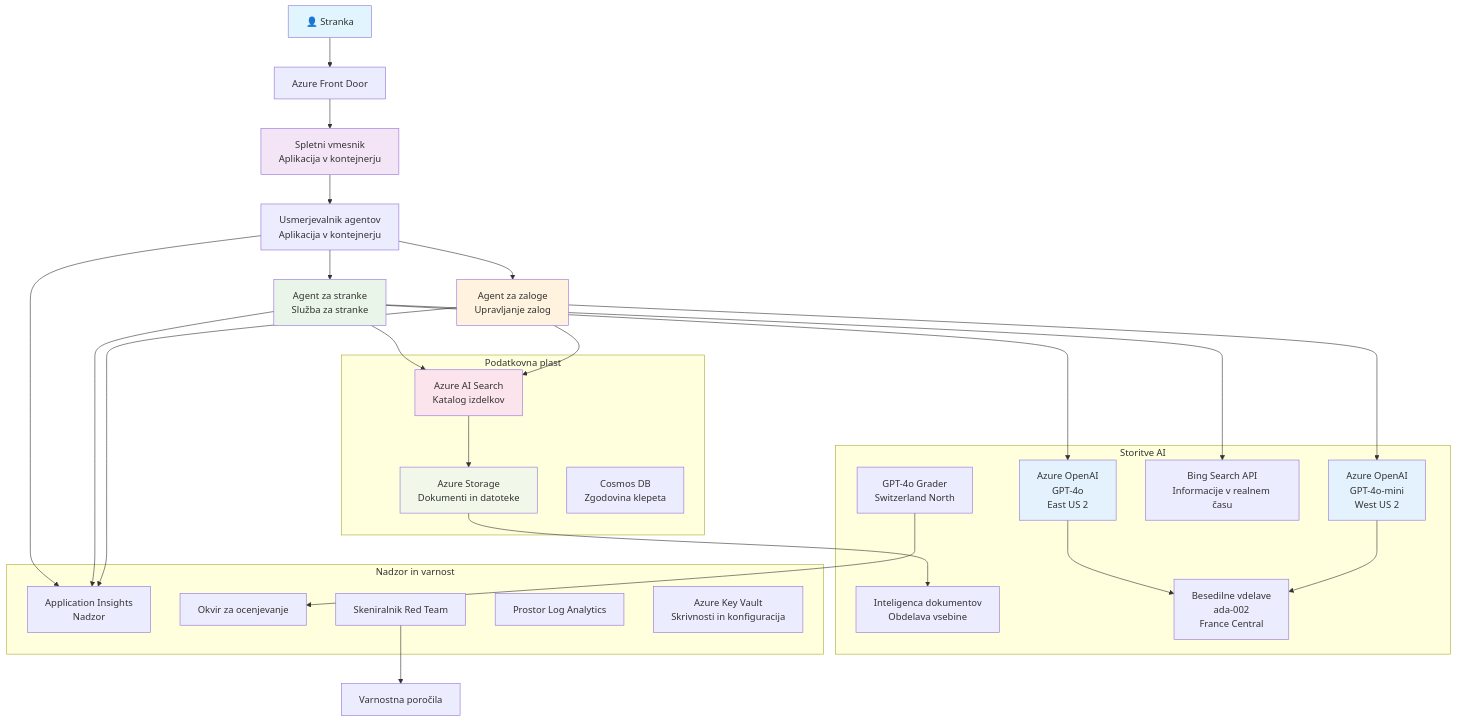
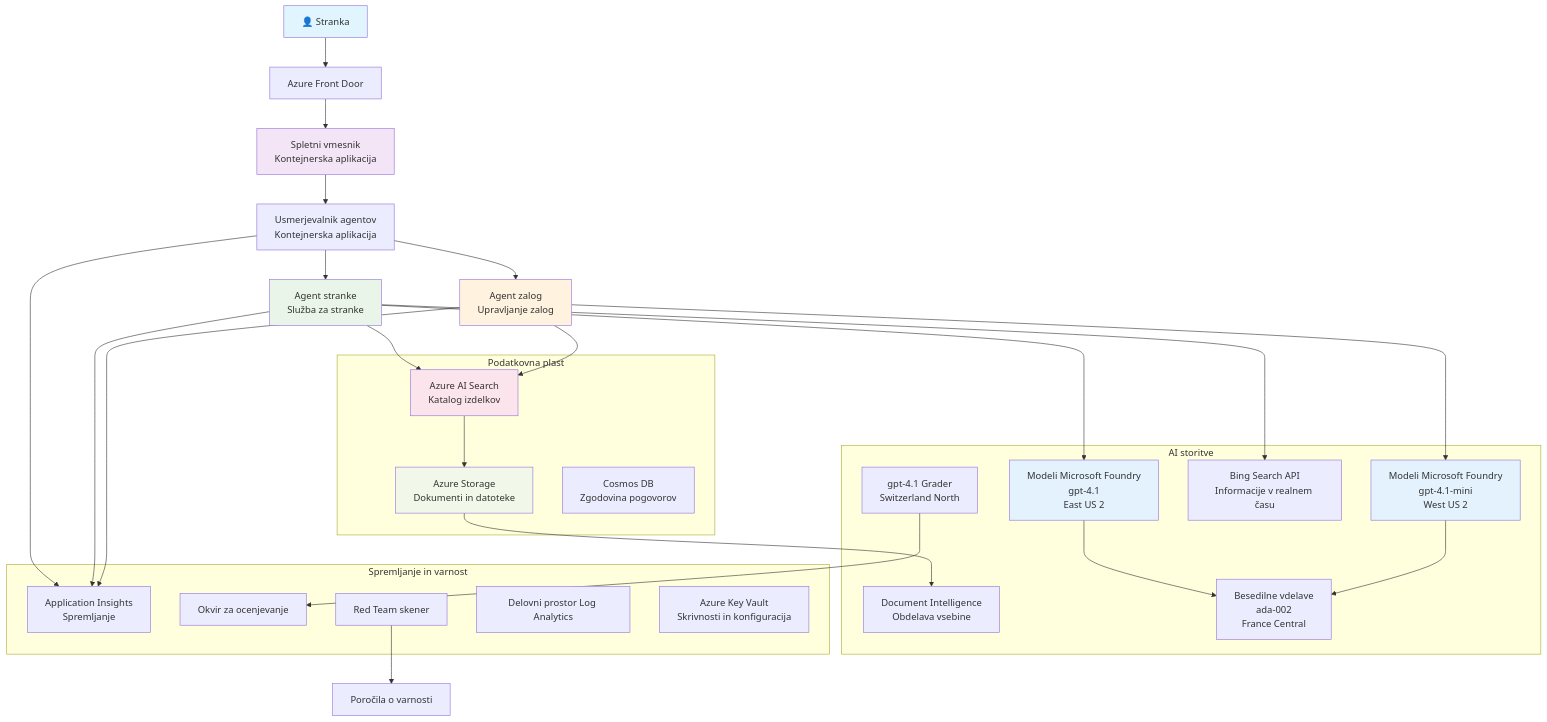
One commit to microsoft/AZD-for-beginners changed the diagram in translations/sl/examples/retail-scenario.md. Above: the diagram before and after it, drawn with Mermaid. The commit also changed other lines of this file and 101 other files, not shown here.

````diff
--- a/translations/sl/examples/retail-scenario.md
+++ b/translations/sl/examples/retail-scenario.md
@@ -139,61 +139,61 @@
 ```mermaid
 graph TB
     User[👤 Stranka] --> LB[Azure Front Door]
-    LB --> WebApp[Spletni vmesnik<br/>Aplikacija v kontejnerju]
+    LB --> WebApp[Spletni vmesnik<br/>Kontejnerska aplikacija]
     
-    WebApp --> Router[Usmerjevalnik agentov<br/>Aplikacija v kontejnerju]
-    Router --> CustomerAgent[Agent za stranke<br/>Služba za stranke]
-    Router --> InvAgent[Agent za zaloge<br/>Upravljanje zalog]
+    WebApp --> Router[Usmerjevalnik agentov<br/>Kontejnerska aplikacija]
+    Router --> CustomerAgent[Agent stranke<br/>Služba za stranke]
+    Router --> InvAgent[Agent zalog<br/>Upravljanje zalog]
     
-    CustomerAgent --> OpenAI1[Azure OpenAI<br/>GPT-4o<br/>East US 2]
-    InvAgent --> OpenAI2[Azure OpenAI<br/>GPT-4o-mini<br/>West US 2]
+    CustomerAgent --> OpenAI1[Modeli Microsoft Foundry<br/>gpt-4.1<br/>East US 2]
+    InvAgent --> OpenAI2[Modeli Microsoft Foundry<br/>gpt-4.1-mini<br/>West US 2]
     
     CustomerAgent --> AISearch[Azure AI Search<br/>Katalog izdelkov]
     CustomerAgent --> BingSearch[Bing Search API<br/>Informacije v realnem času]
     InvAgent --> AISearch
     
     AISearch --> Storage[Azure Storage<br/>Dokumenti in datoteke]
-    Storage --> DocIntel[Inteligenca dokumentov<br/>Obdelava vsebine]
+    Storage --> DocIntel[Document Intelligence<br/>Obdelava vsebine]
     
     OpenAI1 --> Embeddings[Besedilne vdelave<br/>ada-002<br/>France Central]
     OpenAI2 --> Embeddings
     
-    Router --> AppInsights[Application Insights<br/>Nadzor]
+    Router --> AppInsights[Application Insights<br/>Spremljanje]
     CustomerAgent --> AppInsights
     InvAgent --> AppInsights
     
-    GraderModel[GPT-4o Grader<br/>Switzerland North] --> Evaluation[Okvir za ocenjevanje]
-    RedTeam[Skeniralnik Red Team] --> SecurityReports[Varnostna poročila]
+    GraderModel[gpt-4.1 Grader<br/>Switzerland North] --> Evaluation[Okvir za ocenjevanje]
+    RedTeam[Red Team skener] --> SecurityReports[Poročila o varnosti]
     
     subgraph "Podatkovna plast"
         Storage
         AISearch
-        CosmosDB[Cosmos DB<br/>Zgodovina klepeta]
+        CosmosDB[Cosmos DB<br/>Zgodovina pogovorov]
     end
     
-    subgraph "Storitve AI"
+    subgraph "AI storitve"
         OpenAI1
         OpenAI2
         Embeddings
         GraderModel
         DocIntel
         BingSearch
     end
     
-    subgraph "Nadzor in varnost"
+    subgraph "Spremljanje in varnost"
         AppInsights
-        LogAnalytics[Prostor Log Analytics]
+        LogAnalytics[Delovni prostor Log Analytics]
         KeyVault[Azure Key Vault<br/>Skrivnosti in konfiguracija]
         RedTeam
         Evaluation
     end
     
     style User fill:#e1f5fe
     style WebApp fill:#f3e5f5
     style CustomerAgent fill:#e8f5e8
     style InvAgent fill:#fff3e0
     style OpenAI1 fill:#e3f2fd
     style OpenAI2 fill:#e3f2fd
     style AISearch fill:#fce4ec
     style Storage fill:#f1f8e9
 ```
````
